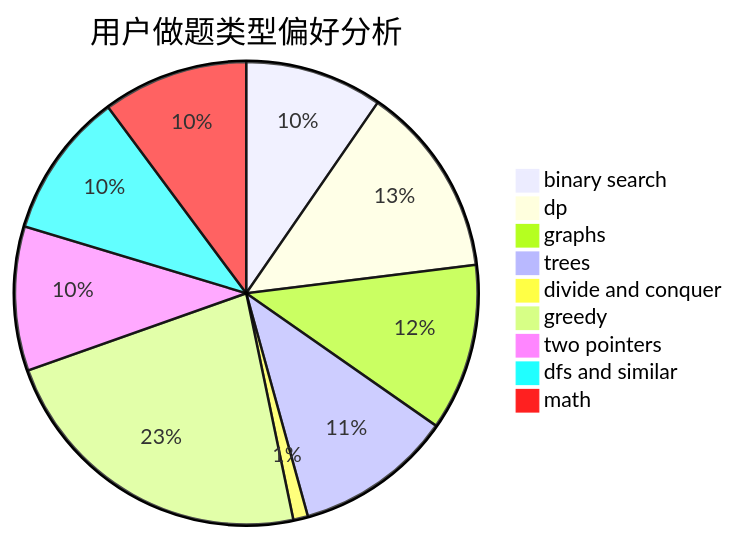
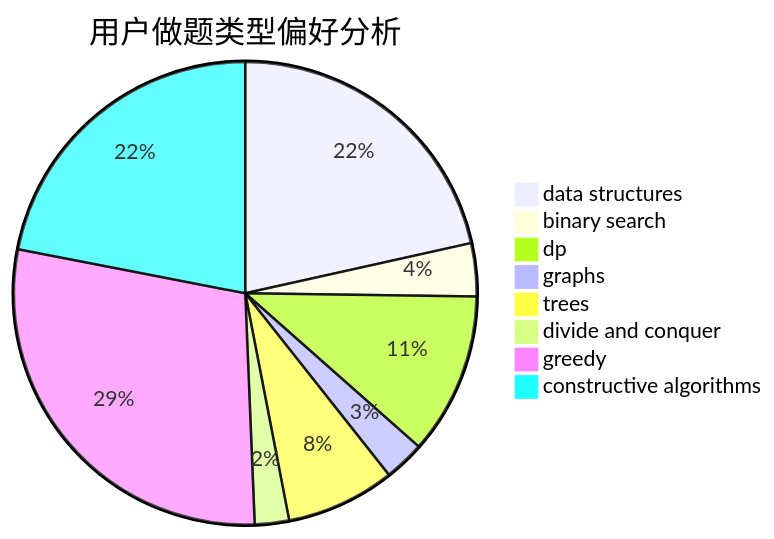
One commit to sherpahu/cfrs.github.io changed the second of 3 diagrams in docs/user/u1226.md. Above: the diagram before and after it, drawn with Mermaid. The commit also changed other lines of this file and 2775 other files, not shown here.

````diff
--- a/docs/user/u1226.md
+++ b/docs/user/u1226.md
@@ -23,12 +23,11 @@
 ```mermaid
 pie title 用户做题类型偏好分析
-    "binary search" :  103
-    "dp" :  144
-    "graphs" :  125
-    "trees" :  118
+    "data structures" :  99
+    "binary search" :  17
+    "dp" :  52
+    "graphs" :  13
+    "trees" :  35
     "divide and conquer" :  11
-    "greedy" :  245
-    "two pointers" :  108
-    "dfs and similar" :  109
-    "math" :  109
+    "greedy" :  132
+    "constructive algorithms" :  101
 ```
````
